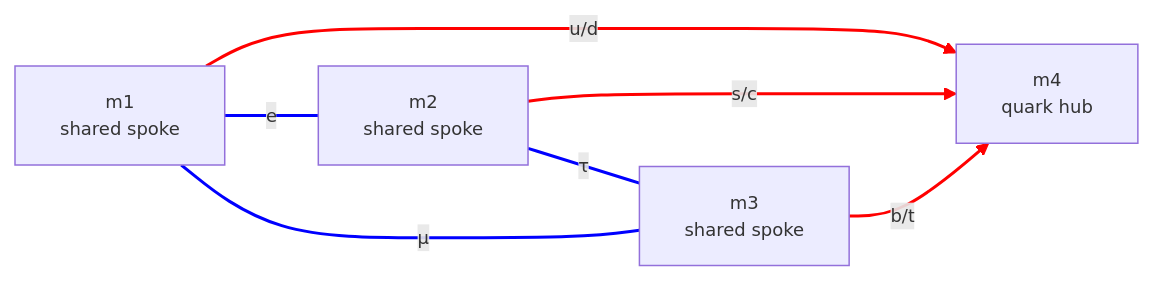
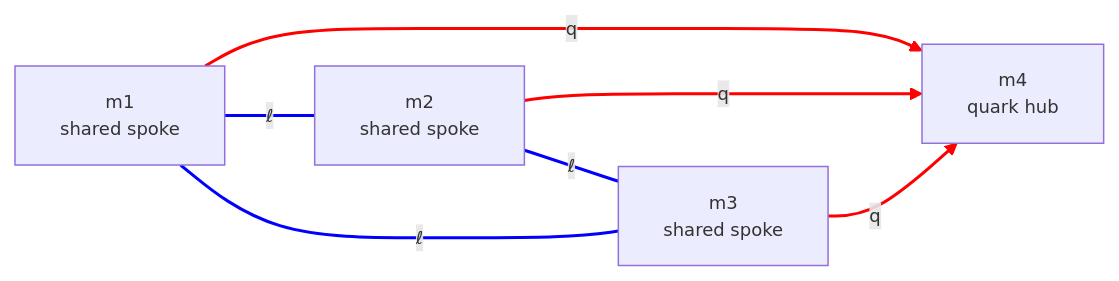
One commit to gotchoices/forma changed the third of 5 diagrams in projects/ma-domain/work/cand-QY-ED.md. Above: the diagram before and after it, drawn with Mermaid. The commit also changed other lines of this file, not shown here.

````diff
--- a/projects/ma-domain/work/cand-QY-ED.md
+++ b/projects/ma-domain/work/cand-QY-ED.md
@@ -106,18 +106,18 @@
 ```mermaid
 %%{init: { "flowchart": { "nodeSpacing": 30, "rankSpacing": 55, "curve": "basis" }, "themeVariables": { "fontSize": "12px" } } }%%
 graph LR
     m1["m1<br/>shared spoke"]
     m2["m2<br/>shared spoke"]
     m3["m3<br/>shared spoke"]
     m4["m4<br/>quark hub"]
 
-    m1 ==>|u/d| m4
-    m2 ==>|s/c| m4
-    m3 ==>|b/t| m4
-    m1 ===|e| m2
-    m1 ===|μ| m3
-    m2 ===|τ| m3
+    m1 ==>|q| m4
+    m2 ==>|q| m4
+    m3 ==>|q| m4
+    m1 ===|ℓ| m2
+    m1 ===|ℓ| m3
+    m2 ===|ℓ| m3
 
     linkStyle 0,1,2 stroke:red,stroke-width:2px
     linkStyle 3,4,5 stroke:blue,stroke-width:2px
 ```
````
